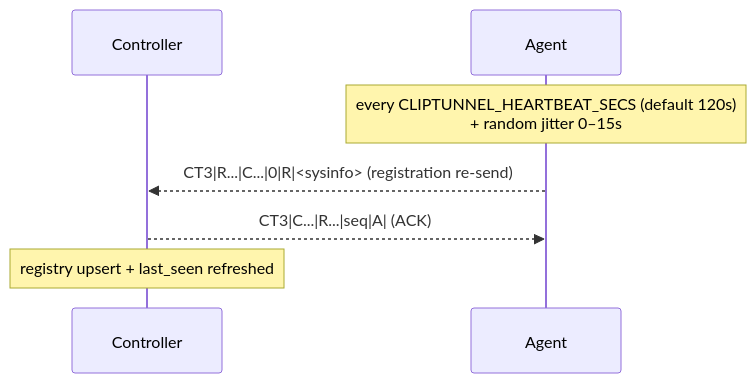
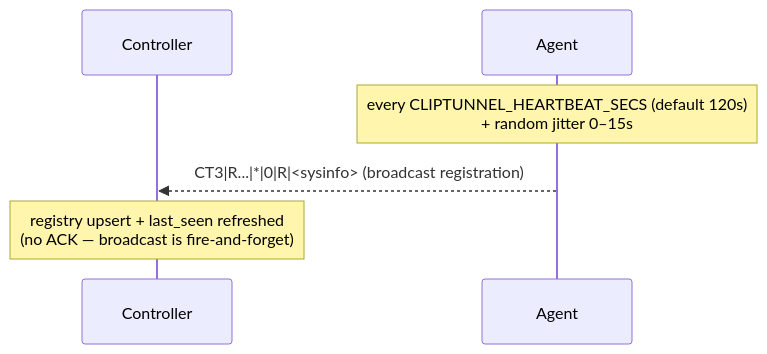
One commit to jordi-murgo/cliptunnel-mcp changed the third of 4 diagrams in README.md. Above: the diagram before and after it, drawn with Mermaid. The commit also changed other lines of this file, not shown here.

Commit message:
doc(diagram): Heartbeat announces ara always broadcast.

````diff
--- a/README.md
+++ b/README.md
@@ -104,10 +104,9 @@
 ```mermaid
 sequenceDiagram
     participant C as Controller
     participant A as Agent
 
     Note over A: every CLIPTUNNEL_HEARTBEAT_SECS (default 120s)<br/>+ random jitter 0–15s
-    A-->>C: CT3|R...|C...|0|R|<sysinfo> (registration re-send)
-    C-->>A: CT3|C...|R...|seq|A| (ACK)
-    Note over C: registry upsert + last_seen refreshed
+    A-->>C: CT3|R...|*|0|R|<sysinfo> (broadcast registration)
+    Note over C: registry upsert + last_seen refreshed<br/>(no ACK — broadcast is fire-and-forget)
 ```
````
